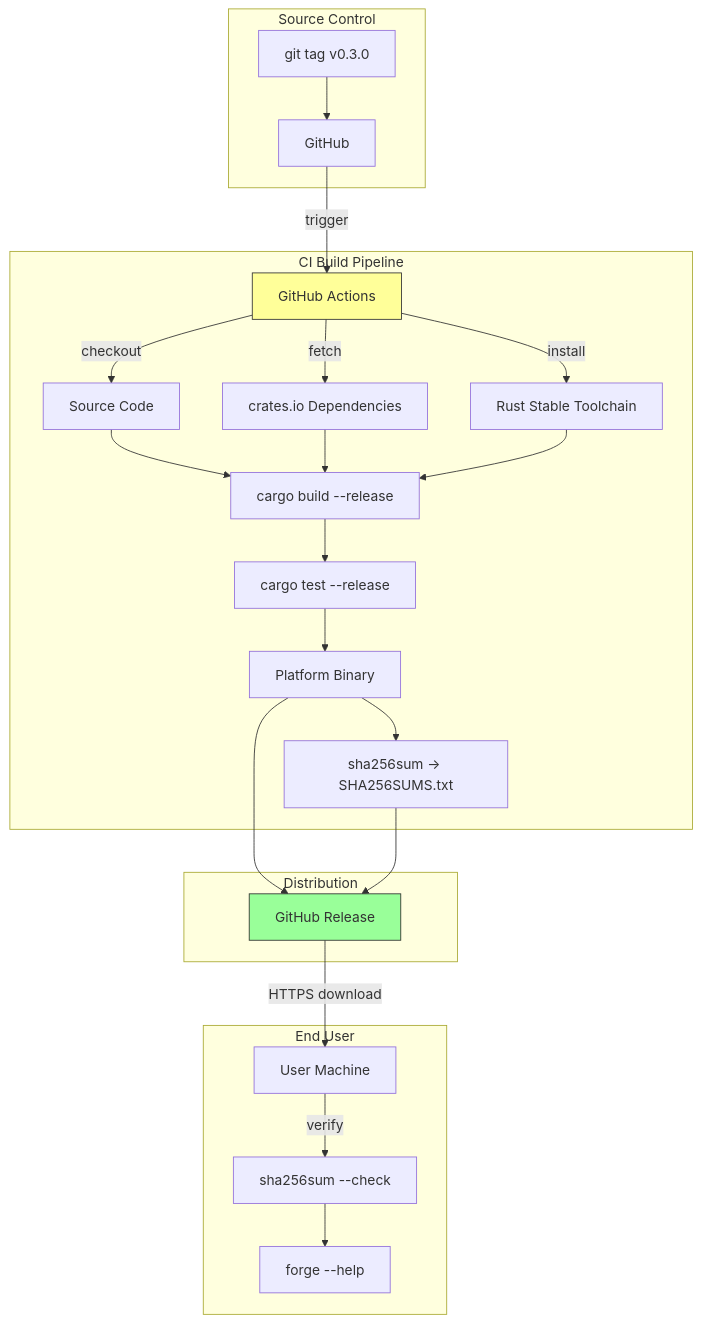
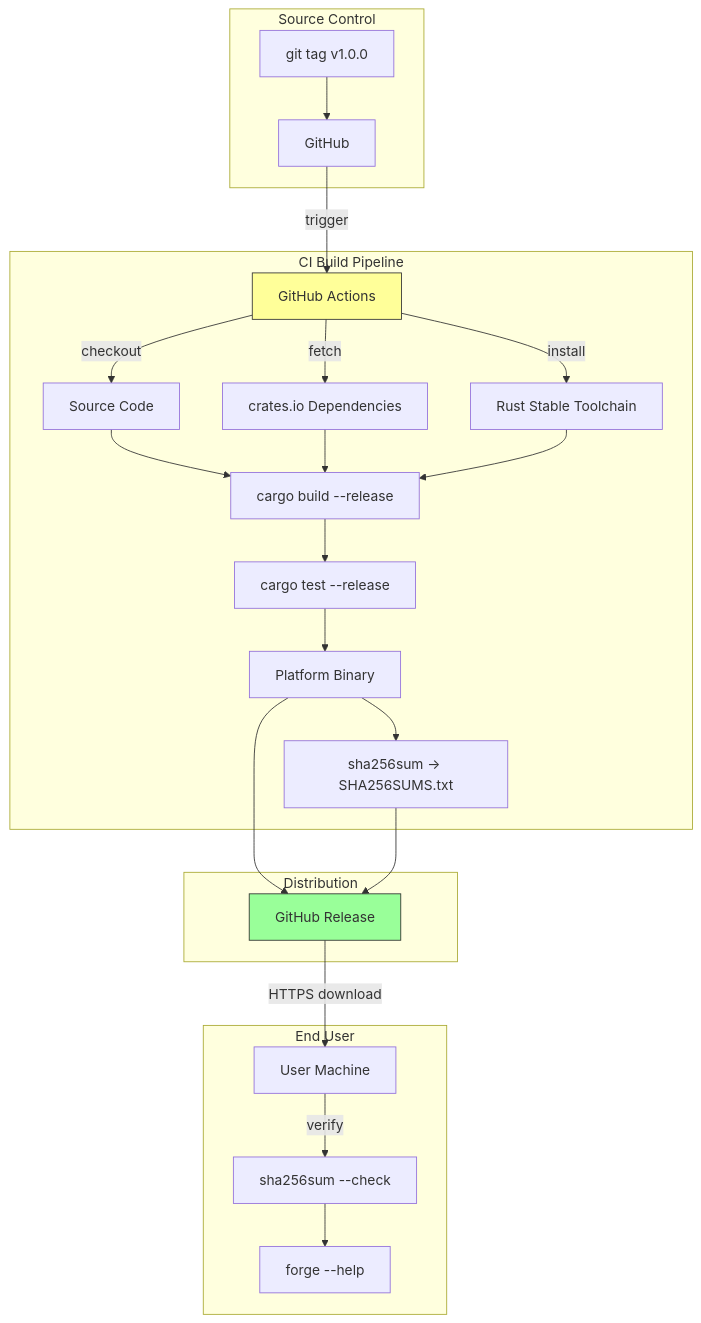
One commit to policy-forge/forge changed the second of 3 diagrams in docs/SEC/049-sec-cross-platform-release.md. Above: the diagram before and after it, drawn with Mermaid. The commit also changed 9 other files, not shown here.

````diff
--- a/docs/SEC/049-sec-cross-platform-release.md
+++ b/docs/SEC/049-sec-cross-platform-release.md
@@ -160,31 +160,31 @@
 ```mermaid
 flowchart TD
     subgraph "Source Control"
-        Tag["git tag v0.3.0"] --> GH[GitHub]
+        Tag["git tag v1.0.0"] --> GH[GitHub]
     end
 
     subgraph "CI Build Pipeline"
         GH -->|trigger| GHA[GitHub Actions]
         GHA -->|checkout| Code[Source Code]
         GHA -->|fetch| Deps[crates.io Dependencies]
         GHA -->|install| Toolchain[Rust Stable Toolchain]
         Code & Deps & Toolchain --> Build["cargo build --release"]
         Build --> Test["cargo test --release"]
         Test --> Binary[Platform Binary]
         Binary --> Checksum["sha256sum → SHA256SUMS.txt"]
     end
 
     subgraph "Distribution"
         Binary --> Release[GitHub Release]
         Checksum --> Release
     end
 
     subgraph "End User"
         Release -->|HTTPS download| User[User Machine]
         User -->|verify| CheckVerify["sha256sum --check"]
         CheckVerify --> Execute["forge --help"]
     end
 
     style GHA fill:#ff9,stroke:#333
     style Release fill:#9f9,stroke:#333
 ```
````
